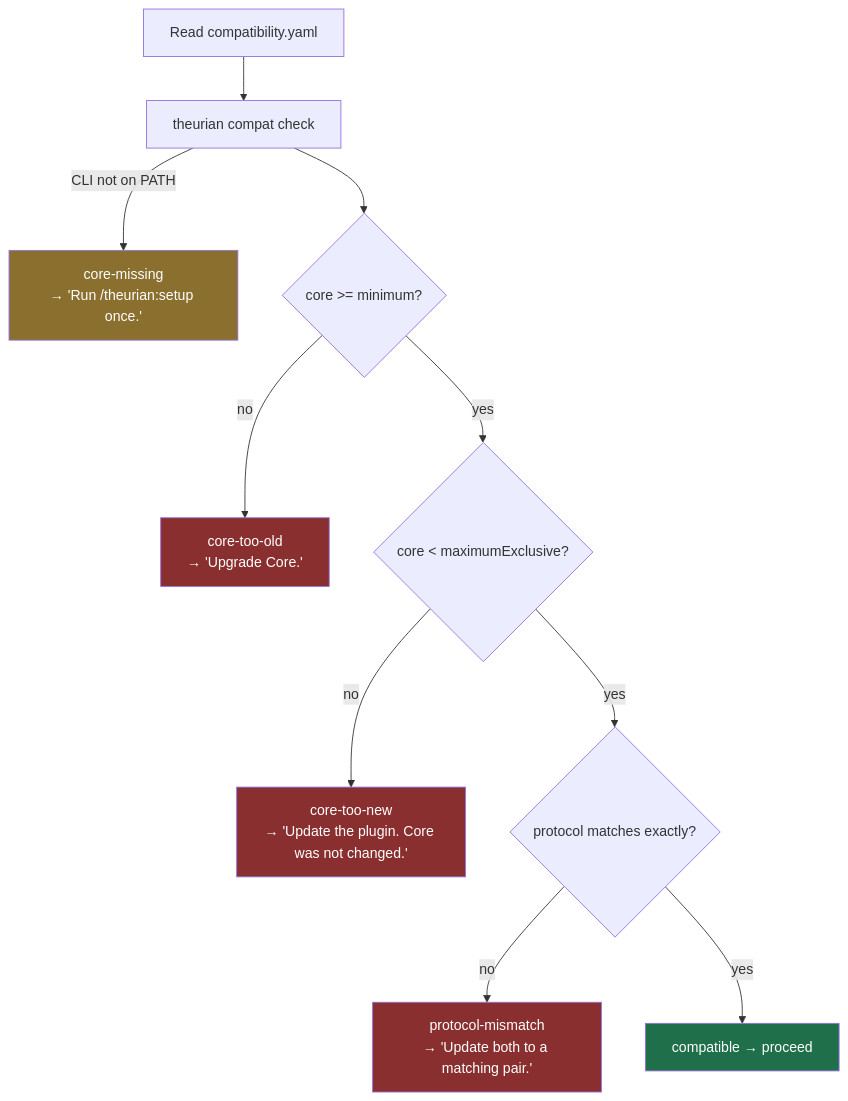
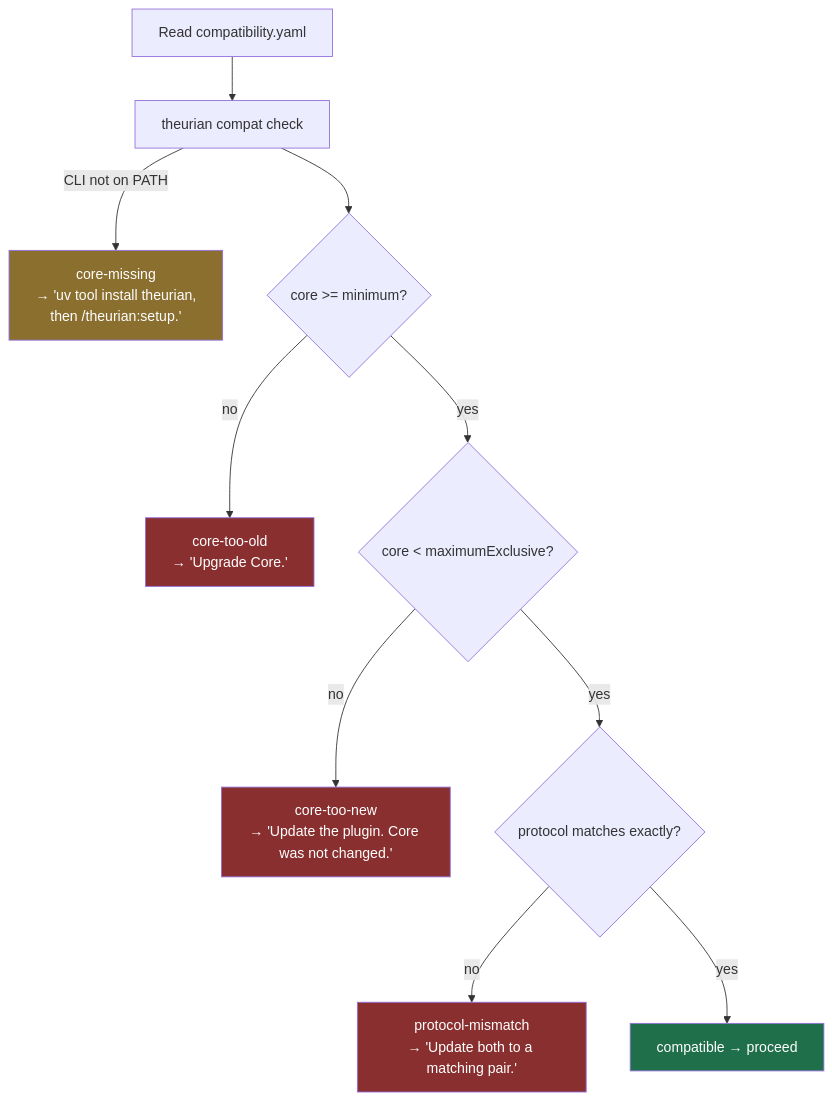
Before and after one commit to theurian/theurian: the diagram in docs/protocol/plugin-core-compatibility.md, drawn with Mermaid. The commit also changed other lines of this file and 6 other files, not shown here.

````diff
--- a/docs/protocol/plugin-core-compatibility.md
+++ b/docs/protocol/plugin-core-compatibility.md
@@ -97,18 +97,18 @@
 ```mermaid
 flowchart TD
     A["Read compatibility.yaml"] --> B["theurian compat check"]
-    B -->|"CLI not on PATH"| Z1["core-missing<br/>→ 'Run /theurian:setup once.'"]
+    B -->|"CLI not on PATH"| Z1["core-missing<br/>→ 'uv tool install theurian,<br/>then /theurian:setup.'"]
     B --> C{"core >= minimum?"}
     C -->|no| Z2["core-too-old<br/>→ 'Upgrade Core.'"]
     C -->|yes| D{"core < maximumExclusive?"}
     D -->|no| Z3["core-too-new<br/>→ 'Update the plugin. Core was not changed.'"]
     D -->|yes| E{"protocol matches exactly?"}
     E -->|no| Z4["protocol-mismatch<br/>→ 'Update both to a matching pair.'"]
     E -->|yes| F["compatible → proceed"]
 
     style F fill:#1f6f4a,color:#fff
     style Z1 fill:#8a6f2f,color:#fff
     style Z2 fill:#8a2f2f,color:#fff
     style Z3 fill:#8a2f2f,color:#fff
     style Z4 fill:#8a2f2f,color:#fff
 ```
````
